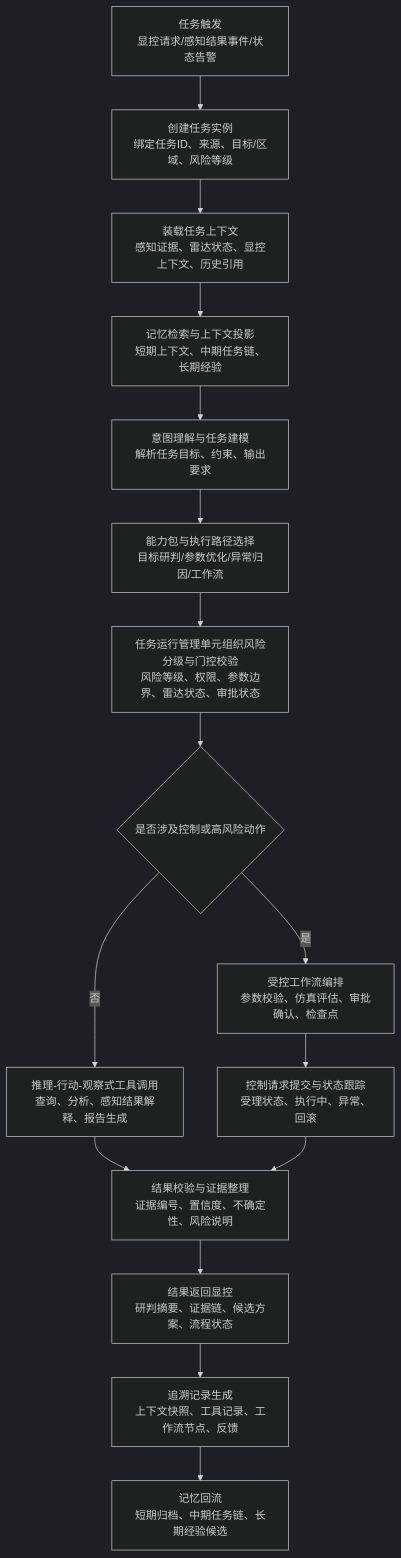
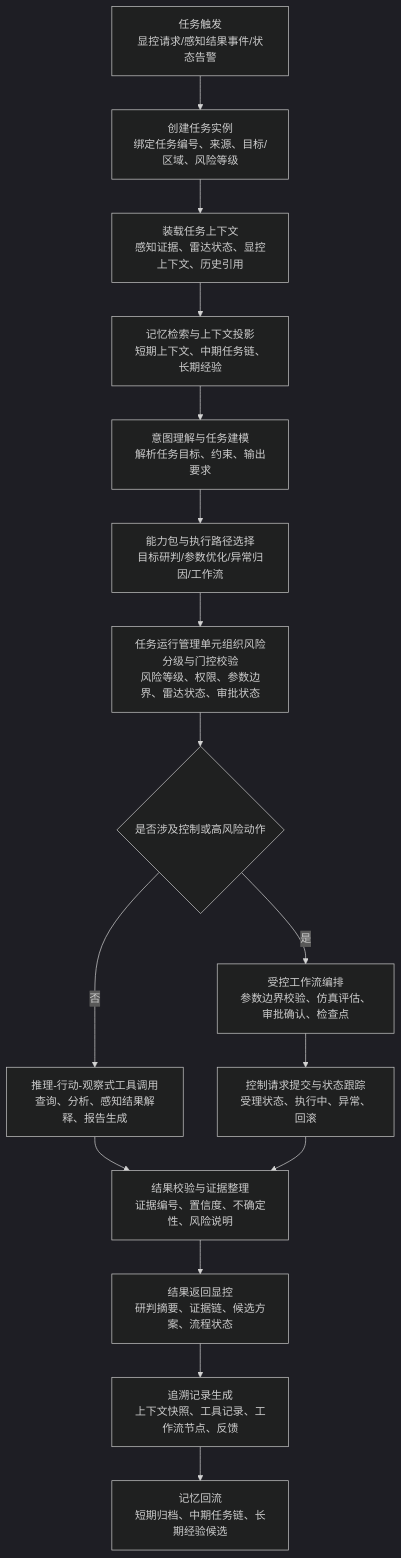
One commit to StormSeven1/obsidian-vault changed the second of 7 diagrams in radar agent/4.3.3.2 LD智能体子系统技术方案.md. Above: the diagram before and after it, drawn with Mermaid (dark theme). The commit also changed other lines of this file, not shown here.

````diff
--- a/radar agent/4.3.3.2 LD智能体子系统技术方案.md
+++ b/radar agent/4.3.3.2 LD智能体子系统技术方案.md
@@ -71,18 +71,18 @@
 ```mermaid
 flowchart TD
-    A[任务触发<br/>显控请求/感知结果事件/状态告警] --> B[创建任务实例<br/>绑定任务ID、来源、目标/区域、风险等级]
+    A[任务触发<br/>显控请求/感知结果事件/状态告警] --> B[创建任务实例<br/>绑定任务编号、来源、目标/区域、风险等级]
     B --> C[装载任务上下文<br/>感知证据、雷达状态、显控上下文、历史引用]
     C --> D[记忆检索与上下文投影<br/>短期上下文、中期任务链、长期经验]
     D --> E[意图理解与任务建模<br/>解析任务目标、约束、输出要求]
     E --> F[能力包与执行路径选择<br/>目标研判/参数优化/异常归因/工作流]
     F --> G[任务运行管理单元组织风险分级与门控校验<br/>风险等级、权限、参数边界、雷达状态、审批状态]
     G --> R{是否涉及控制或高风险动作}
     R -- 否 --> H[推理-行动-观察式工具调用<br/>查询、分析、感知结果解释、报告生成]
-    R -- 是 --> I[受控工作流编排<br/>参数校验、仿真评估、审批确认、检查点]
+    R -- 是 --> I[受控工作流编排<br/>参数边界校验、仿真评估、审批确认、检查点]
     H --> J[结果校验与证据整理<br/>证据编号、置信度、不确定性、风险说明]
     I --> Q[控制请求提交与状态跟踪<br/>受理状态、执行中、异常、回滚]
     Q --> J
     J --> K[结果返回显控<br/>研判摘要、证据链、候选方案、流程状态]
     K --> L[追溯记录生成<br/>上下文快照、工具记录、工作流节点、反馈]
     L --> M[记忆回流<br/>短期归档、中期任务链、长期经验候选]
 ```
````
